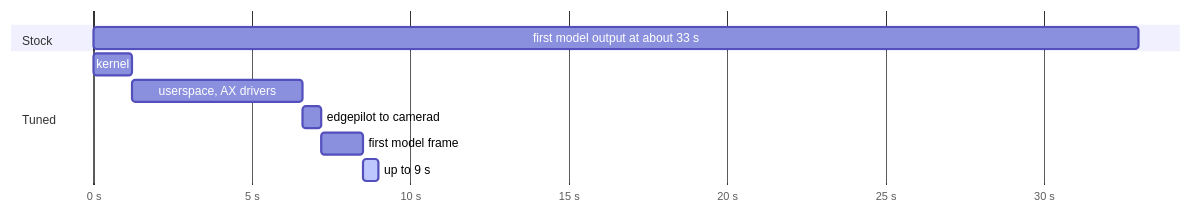
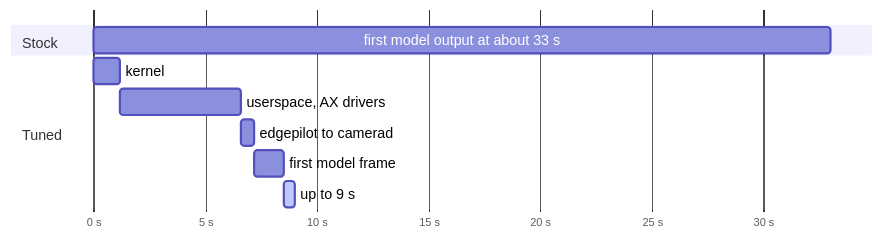
One commit to Deggory/edgepilot changed the first of 2 diagrams in docs/boot-time.md. Above: the diagram before and after it, drawn with Mermaid. The commit also changed other lines of this file and 21 other files, not shown here.

````diff
--- a/docs/boot-time.md
+++ b/docs/boot-time.md
@@ -13,15 +13,23 @@
 ```mermaid
+---
+config:
+  gantt:
+    useWidth: 820
+    fontSize: 13
+    sectionFontSize: 13
+    barHeight: 24
+---
 gantt
     dateFormat x
     axisFormat %-S s
     tickInterval 5second
     todayMarker off
     section Stock
     first model output at about 33 s :0, 33000
     section Tuned
     kernel :0, 1200
     userspace, AX drivers :1200, 6600
     edgepilot to camerad :6600, 7200
     first model frame :7200, 8500
     up to 9 s :active, 8500, 9000
 ```
````
